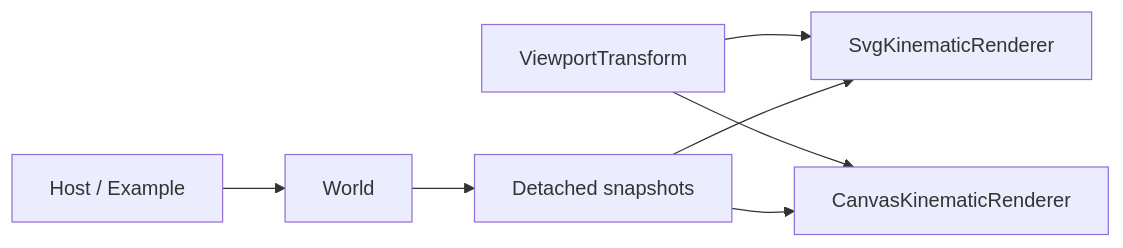
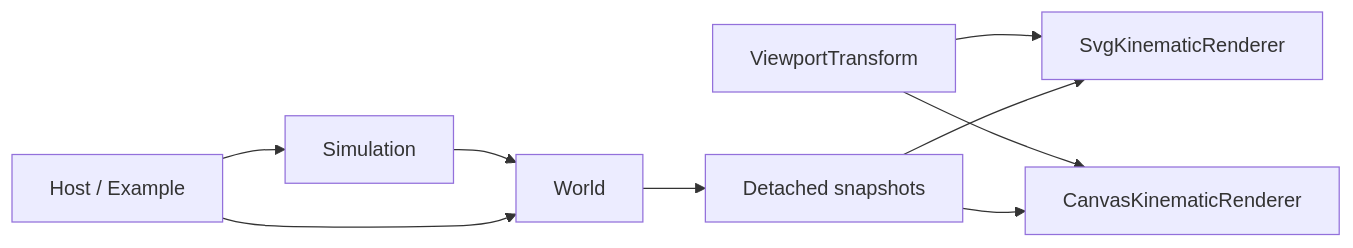
The first of 22 diagrams in docs/architecture/README.md (fa-ribeiro/vLab2D), drawn with Mermaid before and after one commit. The commit also changed other lines of this file and 9 other files, not shown here.

Commit message:
feat(simulation): coordinate world stepping

````diff
--- a/docs/architecture/README.md
+++ b/docs/architecture/README.md
@@ -25,20 +26,24 @@
 ```mermaid
 flowchart LR
     HOST["Host / Example"]
+    SIM["Simulation"]
 
     WORLD["World"]
     SNAP["Detached snapshots"]
 
     TRANSFORM["ViewportTransform"]
     SVG["SvgKinematicRenderer"]
     CANVAS["CanvasKinematicRenderer"]
+
+    HOST --> SIM
+    SIM --> WORLD
 
     HOST --> WORLD
     WORLD --> SNAP
 
     TRANSFORM --> SVG
     TRANSFORM --> CANVAS
 
     SNAP --> SVG
     SNAP --> CANVAS
 ```
````
